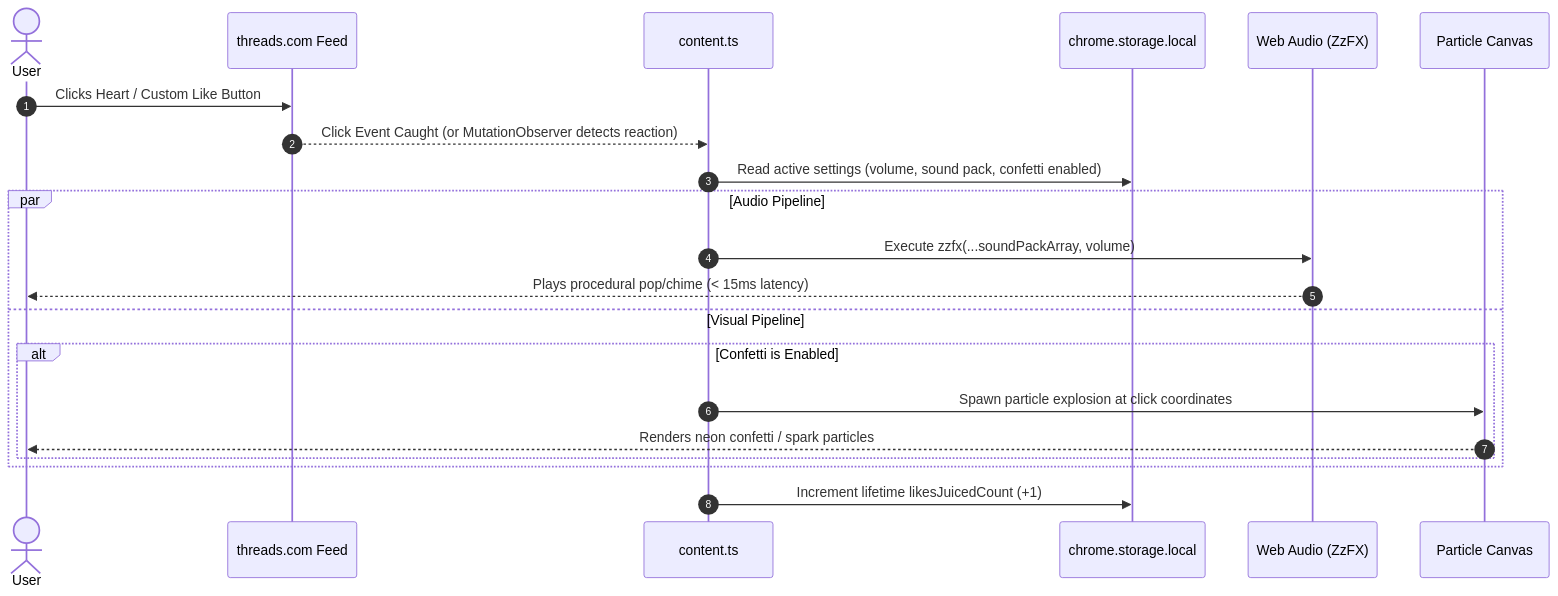
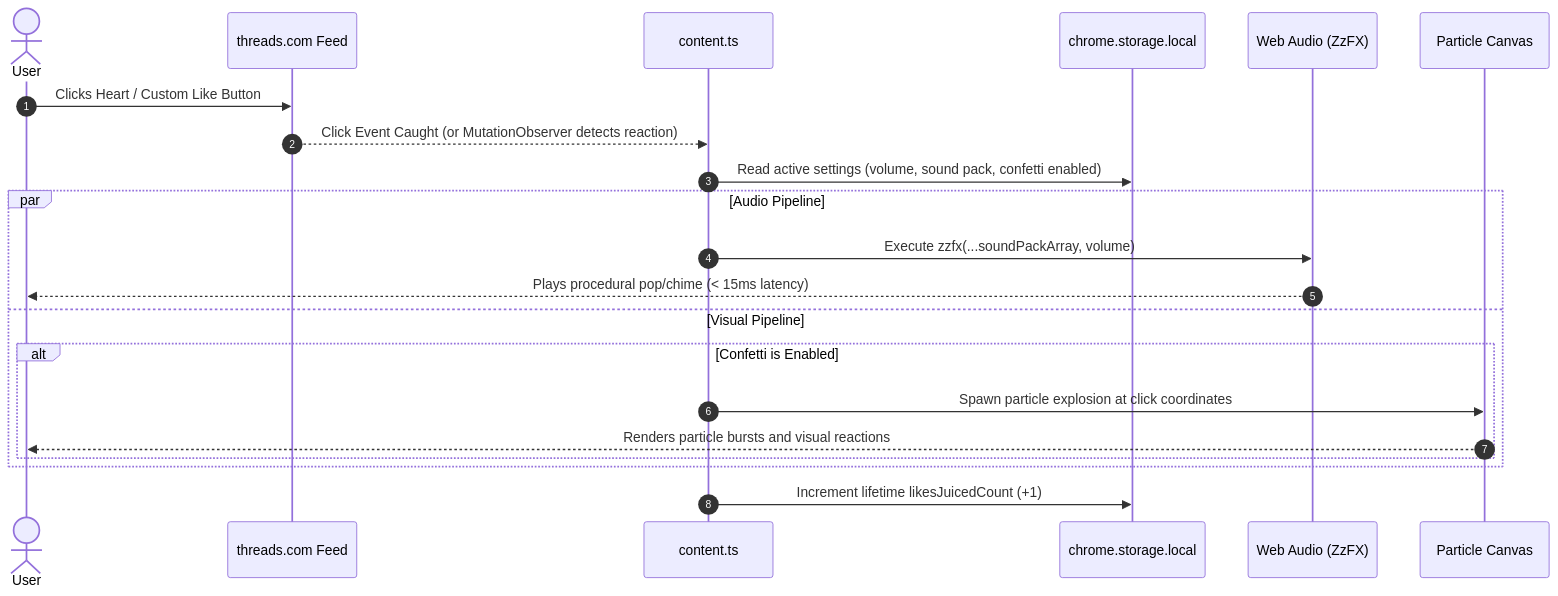
One commit to nmrisrl11/threadfx changed the second of 2 diagrams in ARCHITECTURE.md. Above: the diagram before and after it, drawn with Mermaid. The commit also changed 38 other files, not shown here.

````diff
--- a/ARCHITECTURE.md
+++ b/ARCHITECTURE.md
@@ -43,24 +43,24 @@
 ```mermaid
 sequenceDiagram
     autonumber
     actor User
     participant Threads as threads.com Feed
     participant CS as content.ts
     participant Storage as chrome.storage.local
     participant ZzFX as Web Audio (ZzFX)
     participant Canvas as Particle Canvas
 
     User->>Threads: Clicks Heart / Custom Like Button
     Threads-->>CS: Click Event Caught (or MutationObserver detects reaction)
     CS->>Storage: Read active settings (volume, sound pack, confetti enabled)
     par Audio Pipeline
         CS->>ZzFX: Execute zzfx(...soundPackArray, volume)
         ZzFX-->>User: Plays procedural pop/chime (< 15ms latency)
     and Visual Pipeline
         alt Confetti is Enabled
             CS->>Canvas: Spawn particle explosion at click coordinates
-            Canvas-->>User: Renders neon confetti / spark particles
+            Canvas-->>User: Renders particle bursts and visual reactions
         end
     end
     CS->>Storage: Increment lifetime likesJuicedCount (+1)
 ```
````
